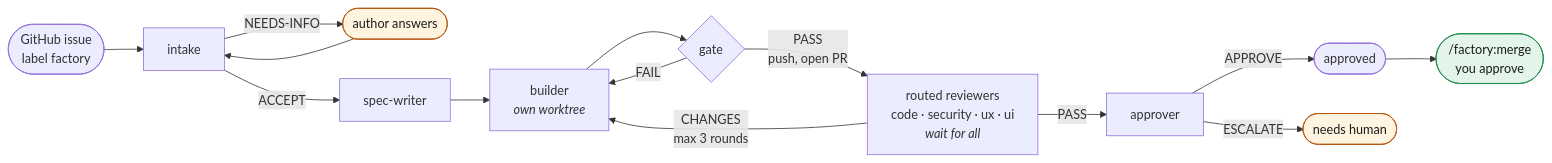
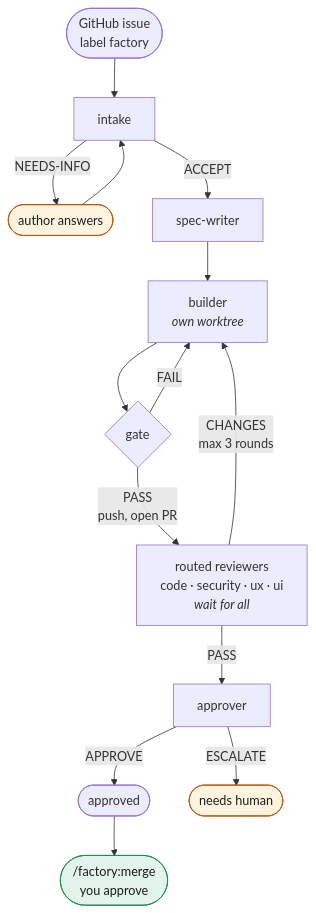
One commit to donePM/software-factory changed the diagram in README.md. Above: the diagram before and after it, drawn with Mermaid. The commit also changed other lines of this file and 1 other file, not shown here.

First line of the commit message:
docs: warn about --plugin-dir, explain <wt>, unpin the clone tag, and draw the flow top to bottom

````diff
--- a/README.md
+++ b/README.md
@@ -8,21 +8,21 @@
 ```mermaid
-flowchart LR
+flowchart TD
   I(["GitHub issue<br/>label factory"]) --> IN["intake"]
   IN -- "NEEDS-INFO" --> Q(["author answers"])
   Q --> IN
   IN -- "ACCEPT" --> S["spec-writer"]
   S --> B["builder<br/><i>own worktree</i>"]
   B --> G{"gate"}
   G -- "FAIL" --> B
   G -- "PASS<br/>push, open PR" --> R["routed reviewers<br/>code · security · ux · ui<br/><i>wait for all</i>"]
   R -- "CHANGES<br/>max 3 rounds" --> B
   R -- "PASS" --> A["approver"]
   A -- "APPROVE" --> AP(["approved"])
   A -- "ESCALATE" --> H(["needs human"])
   AP --> M(["/factory:merge<br/>you approve"])
 
   classDef human fill:#fff4e0,stroke:#b45309,color:#1c1c1a
   classDef done fill:#e3f4ea,stroke:#1f8a4c,color:#1c1c1a
   class H,Q human
   class M done
 ```
````
